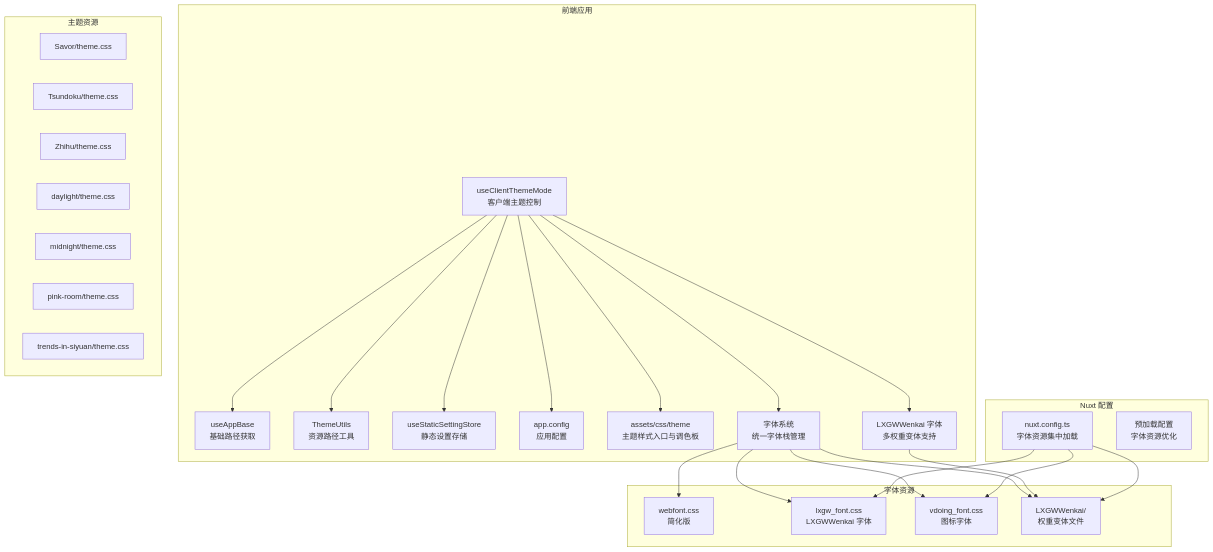
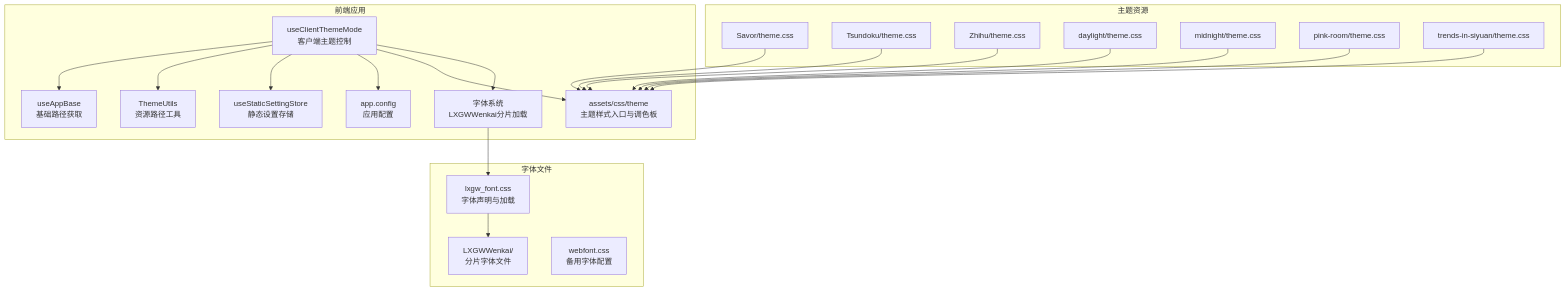
The first of 4 diagrams in .qoder/repowiki/zh/content/核心功能/主题系统/主题系统.md (terwer/siyuan-plugin-blog), drawn with Mermaid before and after one commit. The commit also changed other lines of this file and 31 other files, not shown here.

````diff
--- a/.qoder/repowiki/zh/content/核心功能/主题系统/主题系统.md
+++ b/.qoder/repowiki/zh/content/核心功能/主题系统/主题系统.md
@@ -59,47 +54,41 @@
 ```mermaid
 graph TB
 subgraph "前端应用"
 A["useClientThemeMode<br/>客户端主题控制"]
 B["useAppBase<br/>基础路径获取"]
 C["ThemeUtils<br/>资源路径工具"]
 D["useStaticSettingStore<br/>静态设置存储"]
 E["app.config<br/>应用配置"]
 F["assets/css/theme<br/>主题样式入口与调色板"]
-G["字体系统<br/>统一字体栈管理"]
-H["LXGWWenkai 字体<br/>多权重变体支持"]
+G["字体系统<br/>LXGWWenkai分片加载"]
 end
 subgraph "主题资源"
 T1["Savor/theme.css"]
 T2["Tsundoku/theme.css"]
 T3["Zhihu/theme.css"]
 T4["daylight/theme.css"]
 T5["midnight/theme.css"]
 T6["pink-room/theme.css"]
 T7["trends-in-siyuan/theme.css"]
 end
-subgraph "字体资源"
-W1["webfont.css<br/>简化版"]
-W2["lxgw_font.css<br/>LXGWWenkai 字体"]
-W3["vdoing_font.css<br/>图标字体"]
-W4["LXGWWenkai/<br/>权重变体文件"]
-end
-subgraph "Nuxt 配置"
-N1["nuxt.config.ts<br/>字体资源集中加载"]
-N2["预加载配置<br/>字体资源优化"]
+subgraph "字体文件"
+L1["lxgw_font.css<br/>字体声明与加载"]
+L2["LXGWWenkai/<br/>分片字体文件"]
+W1["webfont.css<br/>备用字体配置"]
 end
 A --> B
 A --> C
 A --> D
 A --> E
 A --> F
 A --> G
-A --> H
-G --> W1
-G --> W2
-G --> W3
-G --> W4
-H --> W4
-N1 --> W2
-N1 --> W3
-N1 --> W4
+G --> L1
+L1 --> L2
+T1 --> F
+T2 --> F
+T3 --> F
+T4 --> F
+T5 --> F
+T6 --> F
+T7 --> F
 ```
````
